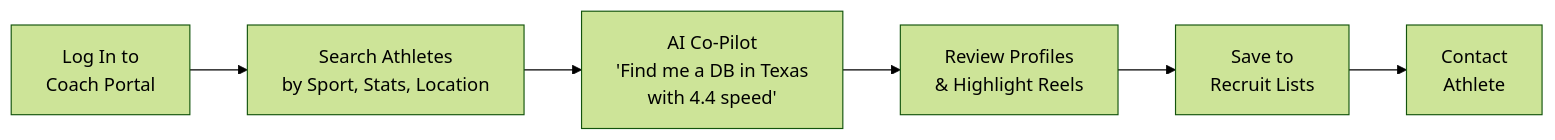
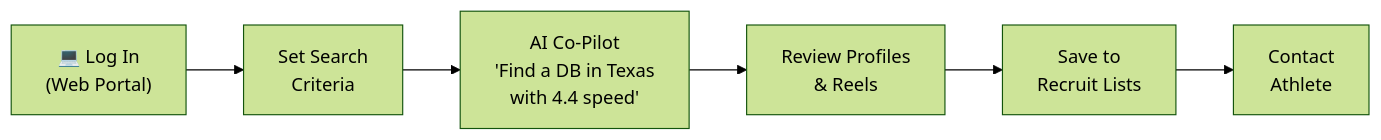
Before and after one commit to huttonbenj/The-Prowler: the fourth of 18 diagrams in STRATEGY.md, drawn with Mermaid (forest theme). The commit also changed other lines of this file, not shown here.

Commit message:
Complete strategy rebuild: verified pricing, itemized hours, architecture diagrams

````diff
--- a/STRATEGY.md
+++ b/STRATEGY.md
@@ -132,8 +90,8 @@
 ```mermaid
 flowchart LR
-    A["Log In to<br/>Coach Portal"] --> B["Search Athletes<br/>by Sport, Stats, Location"]
-    B --> C["AI Co-Pilot<br/>'Find me a DB in Texas<br/>with 4.4 speed'"]
-    C --> D["Review Profiles<br/>& Highlight Reels"]
+    A["💻 Log In<br/>(Web Portal)"] --> B["Set Search<br/>Criteria"]
+    B --> C["AI Co-Pilot<br/>'Find a DB in Texas<br/>with 4.4 speed'"]
+    C --> D["Review Profiles<br/>& Reels"]
     D --> E["Save to<br/>Recruit Lists"]
     E --> F["Contact<br/>Athlete"]
 ```
````
